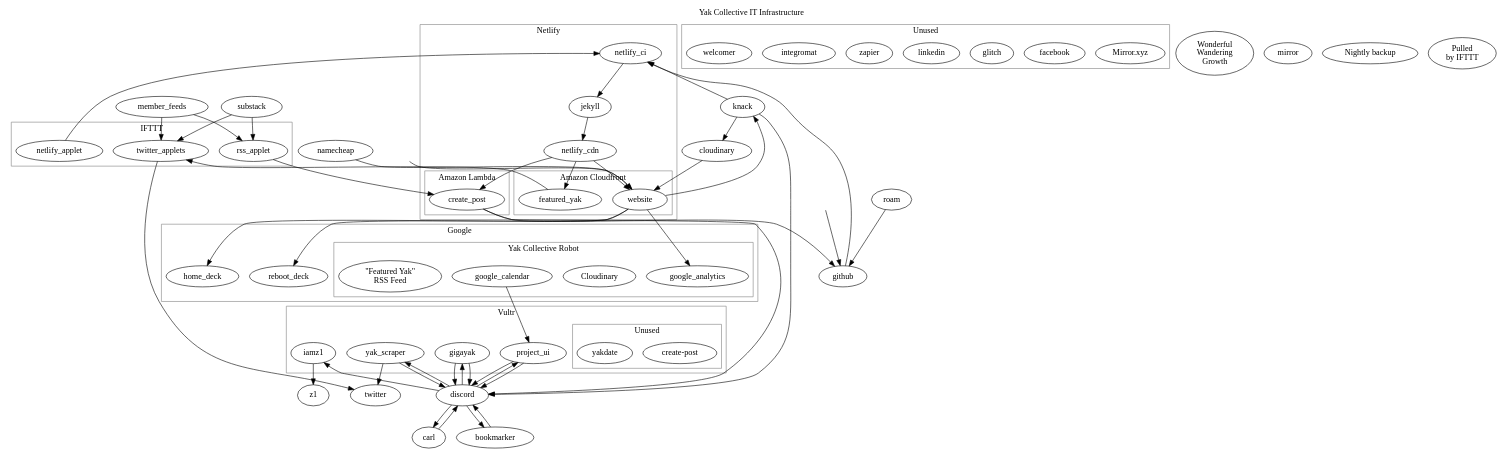
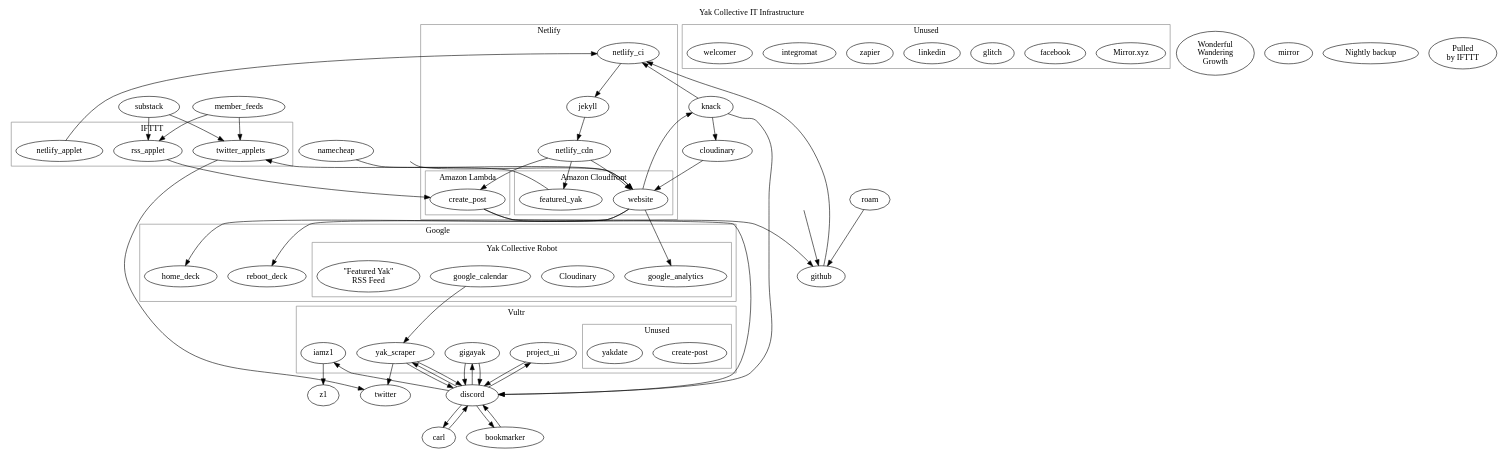
One commit to tilnow/docjs changed the diagram in infrastructure.dot. Above: the diagram before and after it, drawn with Graphviz.

Commit message:
yak_scaper handles #events-this-week, not project_ui

```diff
--- a/infrastructure.dot
+++ b/infrastructure.dot
@@ -1,200 +1,200 @@
 # A dot file which includes all (known) Yak Collective IT
 # infrastructure.
 #
 # Unlike standard Graphviz dot, we define some macros (in `macros.sed`)
 # that need to be replaced pre-render. You should familiarize yourself
 # with that file before editing this one.
 
 digraph yak_infrastructure {
 	labelloc = "t";
 	label = "Yak Collective IT Infrastructure";
 	labelURL = "https://roamresearch.com/#/app/ArtOfGig/page/6fhTlx1p_";
 
 	# Components
 	#
 	subgraph cluster_google {
 		labelloc = "t";
 		label = "Google";
 		color = "gray";
 
 		subgraph cluster_robot {
 			labelloc = "t";
 			label = "Yak Collective Robot";
 			labelURL = "https://roamresearch.com/#/app/ArtOfGig/page/bRd-QWJA0";
 			color = "gray";
 
 			google_analytics INTERNAL_SERVICE [label = "Google\nAnalytics"] [URL = "https://roamresearch.com/#/app/ArtOfGig/page/gkim0kNQ8"];
 			google_calendar STATIC_DATA [label = "Google\nCalendar"] [URL = "https://roamresearch.com/#/app/ArtOfGig/page/5JAKKBvdi"];
 		}
 
 		reboot_deck STATIC_DATA [label = "\"Don't Waste the\nReboot\" deck"] [URL = "https://roamresearch.com/#/app/ArtOfGig/page/s7km8fEQp"];
 		home_deck STATIC_DATA [label = "\"The New Old\nHome\" deck"] [URL = "https://roamresearch.com/#/app/ArtOfGig/page/sGxc8YzrD"];
 	}
 
 	subgraph cluster_vultr {
 		labelloc = "t";
 		label = "Vultr";
 		labelURL = "https://roamresearch.com/#/app/ArtOfGig/page/WpgCSZdjg";
 		color = "gray";
 
 		gigayak APPLET [label = "gigayak"] [URL = "https://roamresearch.com/#/app/ArtOfGig/page/_1voFfg7g"];
 		iamz1 APPLET [label = "IamZ1"] [URL = "https://roamresearch.com/#/app/ArtOfGig/page/SvvXQHcP-"];
 		project_ui APPLET [label = "Project_UI"] [URL = "https://roamresearch.com/#/app/ArtOfGig/page/6F1F3oaNT"];
 		yak_scraper APPLET [label = "Shepherd / \nyak_scraper"] [URL = "https://roamresearch.com/#/app/ArtOfGig/page/AaFxsbkdW"];
 
 		subgraph cluster_vultr_unused {
 			labelloc = "t";
 			label = "Unused";
 			color = "gray";
 
 			yakdate APPLET [label = "yakdate"] [URL = "https://roamresearch.com/#/app/ArtOfGig/page/h8CetC_Re"];
 		}
 	}
 
 	carl INTERNAL_SERVICE [label = "Carl"] [URL = "https://roamresearch.com/#/app/ArtOfGig/page/wfmK-RIl1"];
 
 	bookmarker INTERNAL_SERVICE [label = "Bookmarker"] [URL = "https://roamresearch.com/#/app/ArtOfGig/page/olyafjy4D"];
 
 	discord EXTERNAL_SERVICE [label = "Discord"] [URL = "https://roamresearch.com/#/app/ArtOfGig/page/AsI1N4yGZ"];
 
 	substack EXTERNAL_SERVICE [label = "Substack"] [URL = "https://roamresearch.com/#/app/ArtOfGig/page/kMaCo6Xc-"];
 
 	member_feeds STATIC_DATA [label = "Member RSS\nFeeds"] [URL = "https://roamresearch.com/#/app/ArtOfGig/page/RLF445t5m"];
 
 	twitter EXTERNAL_SERVICE [label = "Twitter"] [URL = "https://roamresearch.com/#/app/ArtOfGig/page/ssp9sORuP"];
 
 	z1 HARDWARE [label = "Wonderful\nWandering\nGrowth"] [URL = "https://roamresearch.com/#/app/ArtOfGig/page/lLs7Ev9Pd"];
 
 	subgraph cluster_unused {
 		labelloc = "t";
 		label = "Unused";
 		color = "gray";
 
 		facebook EXTERNAL_SERVICE [label = "Facebook"] [URL = "https://roamresearch.com/#/app/ArtOfGig/page/WZKSWTGz5"];
 		glitch INTERNAL_SERVICE [label = "Glitch"] [URL = "https://roamresearch.com/#/app/ArtOfGig/page/bTxU0ABQS"];
 		linkedin EXTERNAL_SERVICE [label = "LinkedIn"] [URL = "https://roamresearch.com/#/app/ArtOfGig/page/M17w4lZJB"];
 		zapier INTERNAL_SERVICE [label = "Zapier"] [URL = "https://roamresearch.com/#/app/ArtOfGig/page/WW4JidMuQ"];
 
 		integromat INTERNAL_SERVICE [label = "Integromat"] [URL = "https://roamresearch.com/#/app/ArtOfGig/page/ExYczJs8u"];
 
 		welcomer INTERNAL_SERVICE [label = "Welcomer"] [URL = "https://roamresearch.com/#/app/ArtOfGig/page/6EFGxN2M8"];
 	}
 
 	subgraph cluster_ifttt {
 		labelloc = "t";
 		label = "IFTTT";
 		labelURL = "https://roamresearch.com/#/app/ArtOfGig/page/1jMx-b5Fs";
 		color = "gray";
 
 		rss_applet APPLET [label = "create-post\nApplets"] [URL = "https://roamresearch.com/#/app/ArtOfGig/page/ucCeiIsih"];
 		twitter_applets APPLET [label = "Twitter\nApplets"] [URL = "https://roamresearch.com/#/app/ArtOfGig/page/j7DInC9sg"];
 		netlify_applet APPLET [label = "Netlify Build\nHook Applet"] [URL = "https://roamresearch.com/#/app/ArtOfGig/page/EWP06EjZH"];
 	}
 
 	github INTERNAL_SERVICE [label = "GitHub"] [URL = "https://roamresearch.com/#/app/ArtOfGig/page/1PVNV7Ell"];
 
 	subgraph cluster_netlify {
 		labelloc = "t";
 		label = "Netlify";
 		labelURL = "https://roamresearch.com/#/app/ArtOfGig/page/SVNduLQJn";
 		color = "gray";
 
 		netlify_ci INTERNAL_SERVICE [label = "Netlify Continuous\nIntegration"] [URL = "https://roamresearch.com/#/app/ArtOfGig/page/lfZqzDmtI"];
 		jekyll APPLET [label = "Jekyll"] [URL = "https://roamresearch.com/#/app/ArtOfGig/page/fF35dWNYl"];
 		netlify_cdn INTERNAL_SERVICE [label = "Netlify\nCDN"] [URL = "https://roamresearch.com/#/app/ArtOfGig/page/R-E2CDAe2"];
 
 		subgraph cluster_cloudfront {
 			labelloc = "t";
 			label = "Amazon Cloudfront";
 			color = "gray";
 
 			website STATIC_DATA [label = "Yak Collective\nWebsite"] [URL = "https://roamresearch.com/#/app/ArtOfGig/page/h0Wx539Oq"];
 			featured_yak STATIC_DATA [label = "\"Featured Yak\"\nRSS Feed"] [URL = "https://roamresearch.com/#/app/ArtOfGig/page/ZzuH6YDFq"];
 		}
 
 		subgraph cluster_lambda {
 			labelloc = "t";
 			label = "Amazon Lambda";
 			color = "gray";
 
 			create_post APPLET [label = "create-post"] [URL = "https://roamresearch.com/#/app/ArtOfGig/page/wDK81GyfO"];
 		}
 	}
 
 	namecheap INTERNAL_SERVICE [label = "Namecheap"] [URL = "https://roamresearch.com/#/app/ArtOfGig/page/SrB_NQUiU"];
 
 	cloudinary INTERNAL_SERVICE [label = "Cloudinary"] [URL = "https://roamresearch.com/#/app/ArtOfGig/page/aZug23GyY"];
 
 	knack EXTERNAL_SERVICE [label = "Knack"] [URL = "https://roamresearch.com/#/app/ArtOfGig/page/FDjmLsCeR"];
 
 	roam EXTERNAL_SERVICE [label = "Roam"] [URL = "https://roamresearch.com/#/app/ArtOfGig/page/FEPWC0DLJ"];
 
 	mirror EXTERNAL_SERVICE [label = "Mirror.xyz"] [URL = "https://roamresearch.com/#/app/ArtOfGig/page/wTZFaIrwc"];
 
 	# Hidden user interaction nodes
 	#
 	visitor [shape = plaintext] [label = ""];
 	developer [shape = plaintext] [label = ""];
 
 	# Website data flows to Google
 	#
 	website -> google_analytics AUTO_DATA [label = "Visitor analytics"];
 	website -> {reboot_deck, home_deck} USER_DATA [label = "Google Slides / PDF"];
 
 	# Member registration flow
 	#
 	visitor -> website USER_DATA [label = "Website visitor"];
 	website -> knack USER_DATA [label = "Sign up form\n(minimal data)"];
 	knack -> discord USER_DATA [label = "Invite link"];
 
 	# Member interactions
 	#
 	discord -> {bookmarker, carl} AUTO_DATA [label = "Command"];
 	{bookmarker, carl} -> discord AUTO_DATA [label = "Response"];
 
 	discord -> {gigayak, iamz1, yak_scraper} USER_DATA [label = "User\ncommand"];
 	{gigayak, yak_scraper} -> discord USER_DATA [label = "Requested info or\nacknowledgement"];
 	iamz1 -> z1 USER_DATA [label = "Rover command"];
 	yak_scraper -> twitter USER_DATA [label = "$yaktweet"];
 
 	discord -> project_ui AUTO_DATA [label = "Channel\ninformation"];
 	project_ui -> discord AUTO_DATA [label = "Build\n#project-notifications"];
 
 	gigayak -> discord USER_DATA [label = "Build\n#gig-list"];
 
 	# Building the website
 	#
 	developer -> github USER_DATA [label = "Git commit"];
 	github -> netlify_ci AUTO_DATA [label = "Repo contents pushed\non commit"];
 	netlify_applet -> netlify_ci AUTO_DATA [label = "Trigger rebuild\nevery 24 hours"];
 	knack -> netlify_ci AUTO_DATA [label = "Pull member data\nduring build process"];
 	netlify_ci -> jekyll AUTO_DATA [label = "Build website"];
 	jekyll -> netlify_cdn AUTO_DATA [label = "Optimize & deploy\nwebsite files"];
 	namecheap -> website USER_DATA [label = "DNS information"];
 	netlify_cdn -> {website, featured_yak} AUTO_DATA [label = "Push to Amazon\nCloudfront"];
 	netlify_cdn -> create_post AUTO_DATA [label = "Create Amazon\nLambda function"];
 	knack -> cloudinary AUTO_DATA [label = "Image\nprocessing"];
 	cloudinary -> website USER_DATA [label = "Serve images\nto visitors"];
 
 	# Various RSS feeds to the website/Discord
 	#
 	{member_feeds, substack} -> rss_applet USER_DATA [label = "Pulled\nby IFTTT"];
 	rss_applet -> create_post AUTO_DATA [label = "RSS post data\nto webhook"];
 	create_post -> github AUTO_DATA [label = "Commit new\nmember post"];
 	create_post -> discord AUTO_DATA [label = "Post in\n#yaktalk-content"];
 
 	# Various RSS feeds to Twitter/Discord
 	#
 	{member_feeds, substack} -> twitter_applets USER_DATA [label = "Pulled\nby IFTTT"];
 	featured_yak -> twitter_applets AUTO_DATA [label = "Pulled\nby IFTTT"];
 	twitter_applets -> twitter AUTO_DATA [label = "Tweet about\nnew content"];
 
 	# Google Calendar ->  Discord
 	#
-	google_calendar -> project_ui AUTO_DATA [label = "Google Calendar\nAPI"];
-	project_ui -> discord AUTO_DATA [label = "Post in\n#events-this-week"];
+	google_calendar -> yak_scraper AUTO_DATA [label = "Google Calendar\nAPI"];
+	yak_scraper -> discord AUTO_DATA [label = "Post in\n#events-this-week"];
 
 	# Backup
 	#
 	roam -> github AUTO_DATA [label = "Nightly backup"];
 }
```
